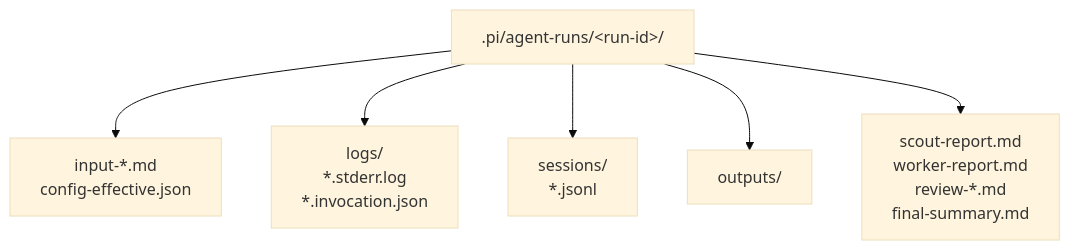
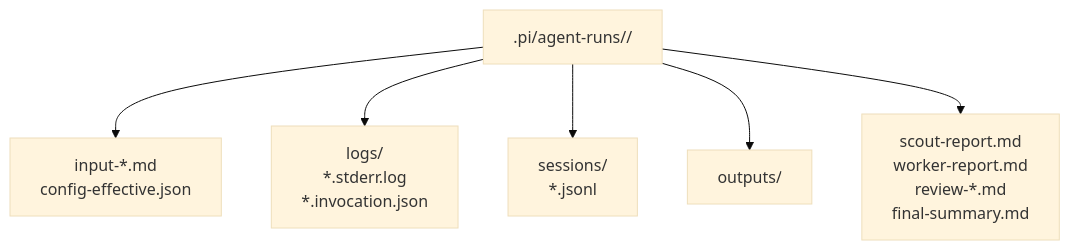
Before and after one commit to SkipXS/pi-simple-subagents: the fourth of 4 diagrams in README.md, drawn with Mermaid (base theme). The commit also changed other lines of this file and 5 other files, not shown here.

````diff
--- a/README.md
+++ b/README.md
@@ -167,9 +183,9 @@
 ```mermaid
 flowchart TB
-  Base[.pi/agent-runs/&lt;run-id&gt;/]
-  Base --> Inputs[input-*.md<br/>config-effective.json]
-  Base --> Logs[logs/<br/>*.stderr.log<br/>*.invocation.json]
-  Base --> Sessions[sessions/<br/>*.jsonl]
-  Base --> Outputs[outputs/]
-  Base --> Reports[scout-report.md<br/>worker-report.md<br/>review-*.md<br/>final-summary.md]
+  Base[".pi/agent-runs/<run-id>/"]
+  Base --> Inputs["input-*.md<br/>config-effective.json"]
+  Base --> Logs["logs/<br/>*.stderr.log<br/>*.invocation.json"]
+  Base --> Sessions["sessions/<br/>*.jsonl"]
+  Base --> Outputs["outputs/"]
+  Base --> Reports["scout-report.md<br/>worker-report.md<br/>review-*.md<br/>final-summary.md"]
 ```
````
